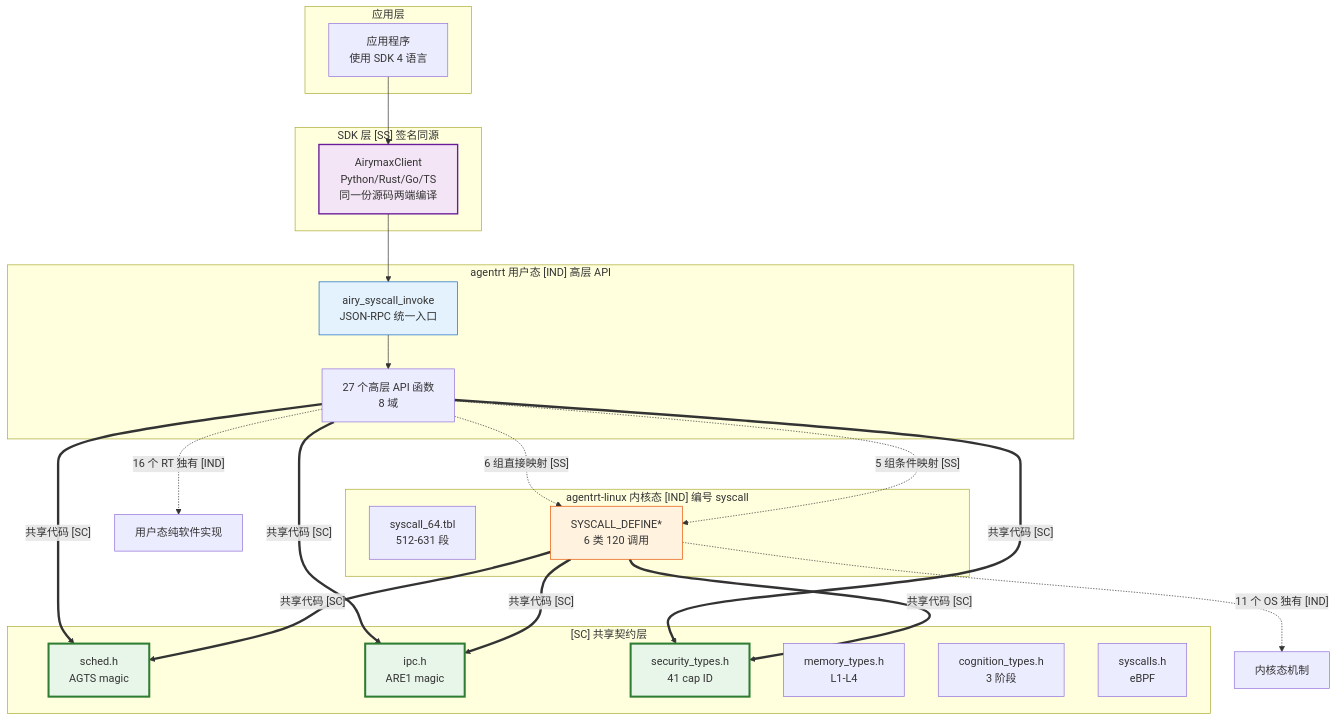
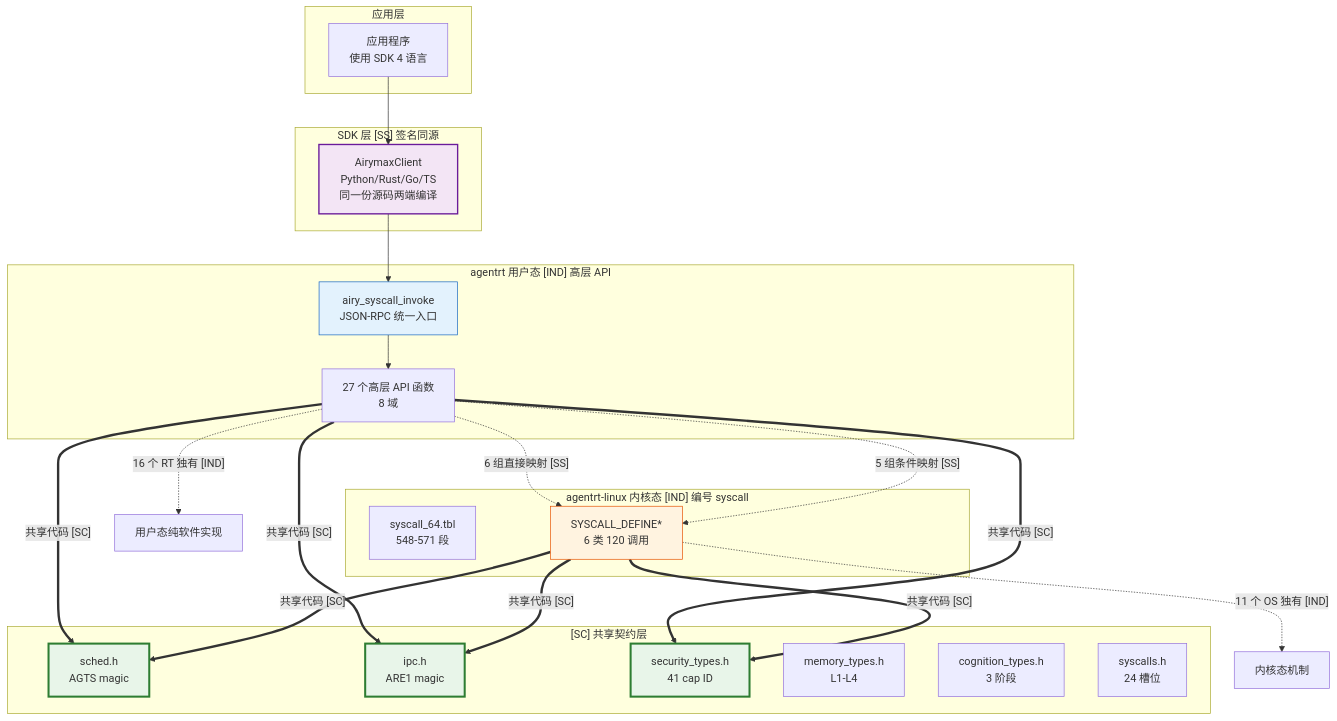
One commit to openairymax/docs-linux changed the second of 2 diagrams in 30-interfaces/05-syscall-semantic-mapping.md. Above: the diagram before and after it, drawn with Mermaid. The commit also changed other lines of this file and 50 other files, not shown here.

````diff
--- a/30-interfaces/05-syscall-semantic-mapping.md
+++ b/30-interfaces/05-syscall-semantic-mapping.md
@@ -373,50 +373,50 @@
 ```mermaid
 graph TB
     subgraph "应用层"
         APP[应用程序<br/>使用 SDK 4 语言]
     end
 
     subgraph "SDK 层 [SS] 签名同源"
         SDK[AirymaxClient<br/>Python/Rust/Go/TS<br/>同一份源码两端编译]
     end
 
     subgraph "agentrt 用户态 [IND] 高层 API"
         RT_INV[airy_syscall_invoke<br/>JSON-RPC 统一入口]
         RT_USR[27 个高层 API 函数<br/>8 域]
     end
 
     subgraph "agentrt-linux 内核态 [IND] 编号 syscall"
-        OS_TBL[syscall_64.tbl<br/>512-631 段]
+        OS_TBL[syscall_64.tbl<br/>548-571 段]
         OS_DEF[SYSCALL_DEFINE*<br/>6 类 120 调用]
     end
 
     subgraph "[SC] 共享契约层"
         SC1[sched.h<br/>AGTS magic]
         SC2[ipc.h<br/>ARE1 magic]
         SC3[security_types.h<br/>41 cap ID]
         SC4[memory_types.h<br/>L1-L4]
         SC5[cognition_types.h<br/>3 阶段]
-        SC6[syscalls.h<br/>eBPF]
+        SC6[syscalls.h<br/>24 槽位]
     end
 
     APP --> SDK
     SDK --> RT_INV
     RT_INV --> RT_USR
     RT_USR -.->|"6 组直接映射 [SS]"| OS_DEF
     RT_USR -.->|"5 组条件映射 [SS]"| OS_DEF
     RT_USR -.->|"16 个 RT 独有 [IND]"| RT_ONLY[用户态纯软件实现]
     OS_DEF -.->|"11 个 OS 独有 [IND]"| OS_ONLY[内核态机制]
     RT_USR ==>|"共享代码 [SC]"| SC1
     RT_USR ==>|"共享代码 [SC]"| SC2
     RT_USR ==>|"共享代码 [SC]"| SC3
     OS_DEF ==>|"共享代码 [SC]"| SC1
     OS_DEF ==>|"共享代码 [SC]"| SC2
     OS_DEF ==>|"共享代码 [SC]"| SC3
 
     style SC1 fill:#e8f5e9,stroke:#2e7d32,stroke-width:3px
     style SC2 fill:#e8f5e9,stroke:#2e7d32,stroke-width:3px
     style SC3 fill:#e8f5e9,stroke:#2e7d32,stroke-width:3px
     style SDK fill:#f3e5f5,stroke:#6a1b9a,stroke-width:2px
     style RT_INV fill:#e3f2fd,stroke:#1565c0
     style OS_DEF fill:#fff3e0,stroke:#e65100
 ```
````
